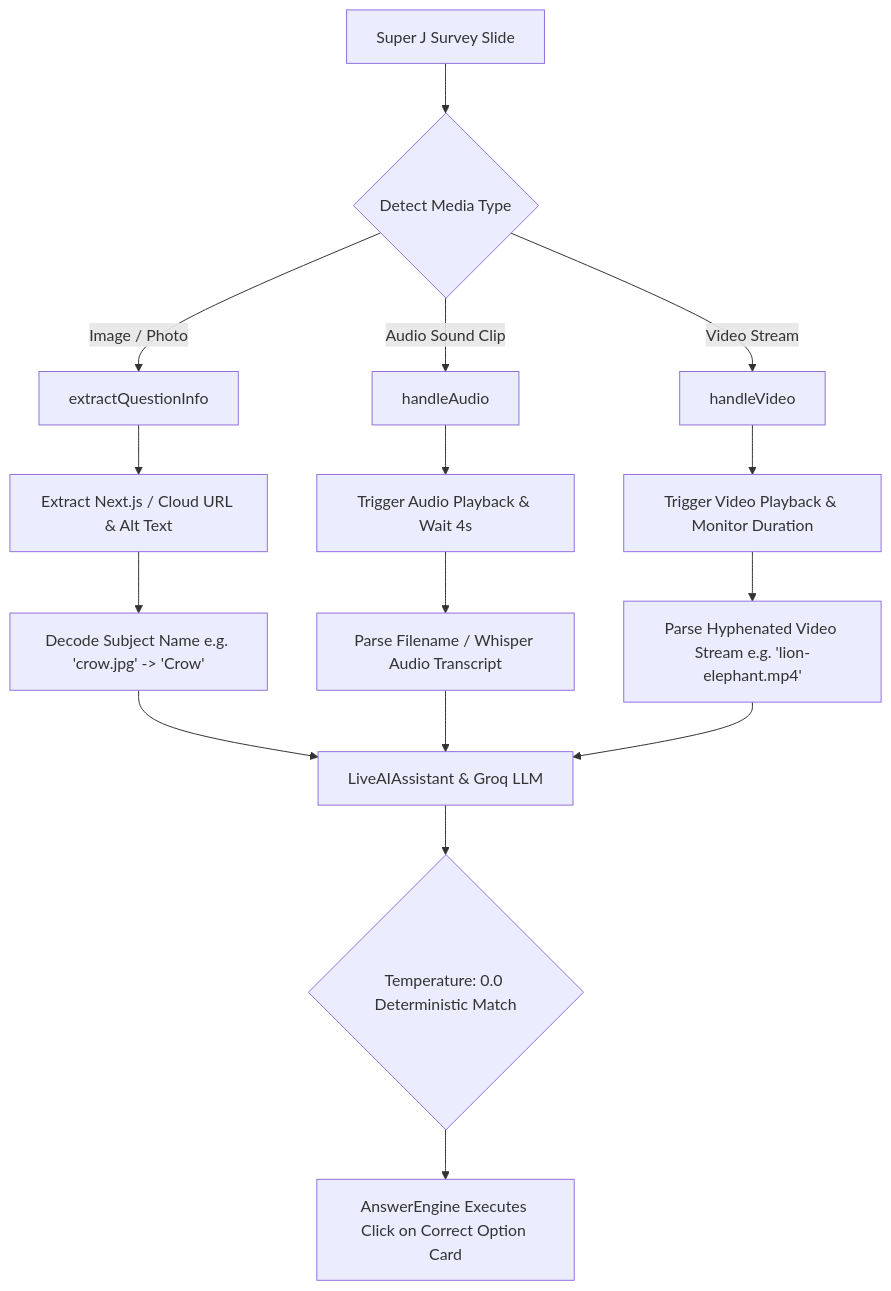
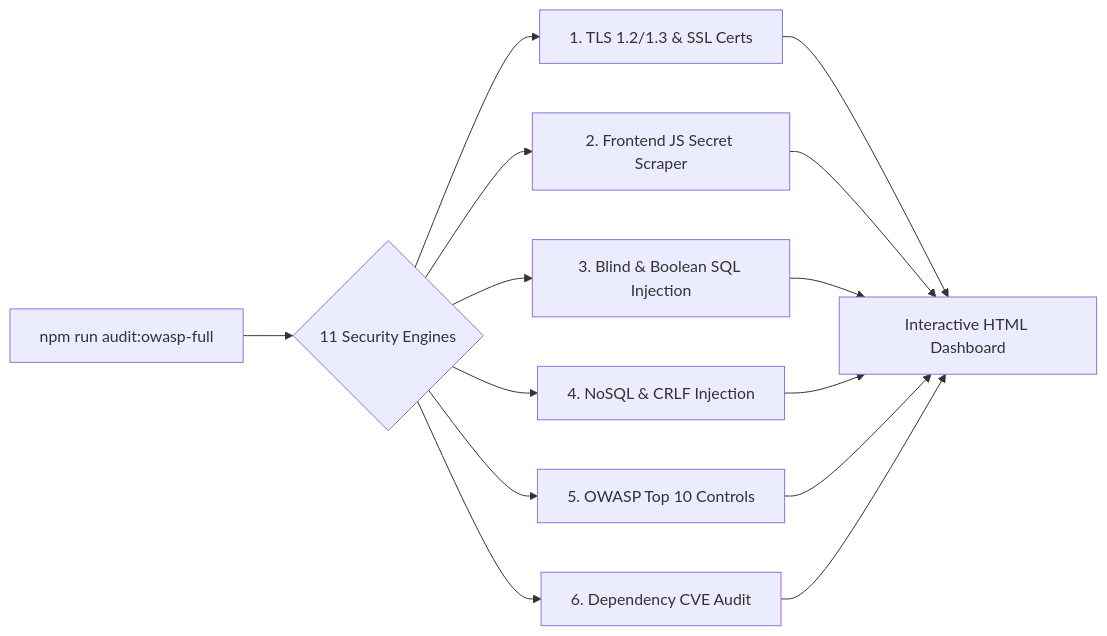
One commit to Karthik751170/playwright-js-project changed the first of 2 diagrams in README.md. Above: the diagram before and after it, drawn with Mermaid. The commit also changed other lines of this file, not shown here.

Commit message:
docs: polish README with clean layout, table of contents, badges and security engines

````diff
--- a/README.md
+++ b/README.md
@@ -33,22 +31,11 @@
 ```mermaid
-flowchart TD
-    A[Super J Survey Slide] --> B{Detect Media Type}
-    B -->|Image / Photo| C[extractQuestionInfo]
-    B -->|Audio Sound Clip| D[handleAudio]
-    B -->|Video Stream| E[handleVideo]
-    
-    C --> C1[Extract Next.js / Cloud URL & Alt Text]
-    C1 --> C2[Decode Subject Name e.g. 'crow.jpg' -> 'Crow']
-    C2 --> F[LiveAIAssistant & Groq LLM]
-    
-    D --> D1[Trigger Audio Playback & Wait 4s]
-    D1 --> D2[Parse Filename / Whisper Audio Transcript]
-    D2 --> F
-    
-    E --> E1[Trigger Video Playback & Monitor Duration]
-    E1 --> E2[Parse Hyphenated Video Stream e.g. 'lion-elephant.mp4']
-    E2 --> F
-    
-    F --> G{Temperature: 0.0 Deterministic Match}
-    G --> H[AnswerEngine Executes Click on Correct Option Card]
+flowchart LR
+    A[npm run audit:owasp-full] --> B{11 Security Engines}
+    B --> C[1. TLS 1.2/1.3 & SSL Certs]
+    B --> D[2. Frontend JS Secret Scraper]
+    B --> E[3. Blind & Boolean SQL Injection]
+    B --> F[4. NoSQL & CRLF Injection]
+    B --> G[5. OWASP Top 10 Controls]
+    B --> H[6. Dependency CVE Audit]
+    C & D & E & F & G & H --> I[Interactive HTML Dashboard]
 ```
````
